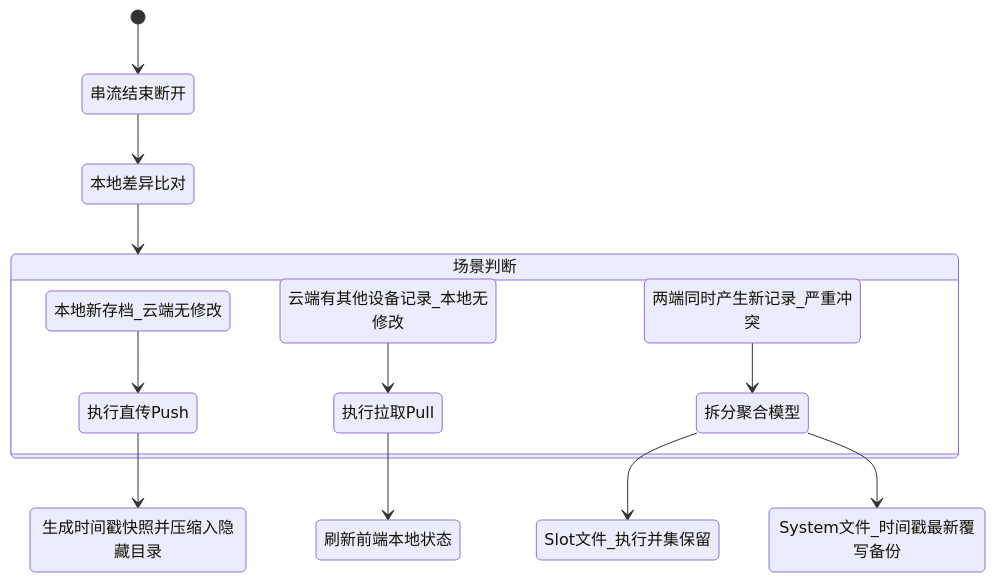
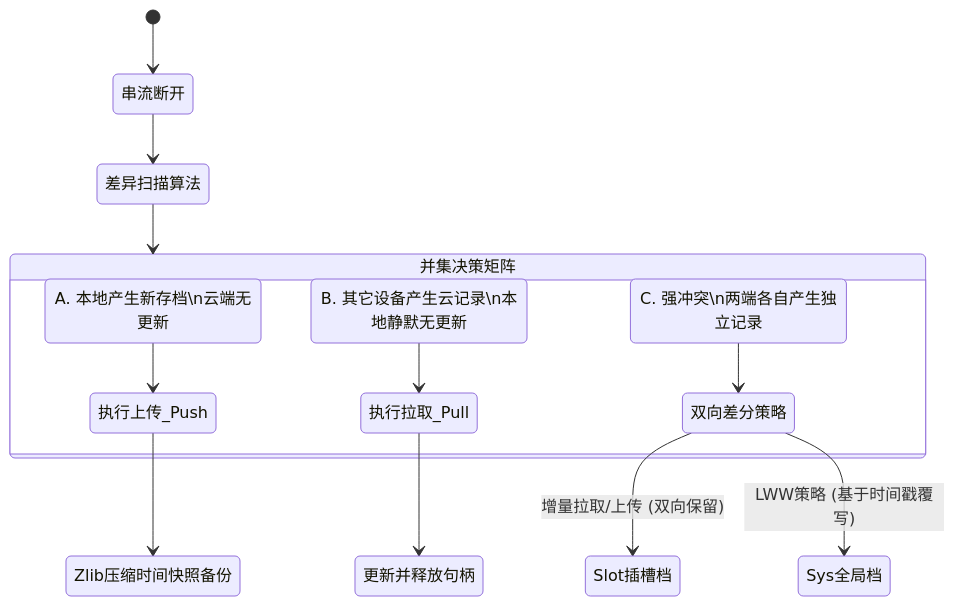
Before and after one commit to Roxy-DD/galremote: the fourth of 5 diagrams in thesis/chapter4/system_design.md, drawn with Mermaid. The commit also changed other lines of this file and 1 other file, not shown here.

Commit message:
docs(thesis): upgrade mermaid syntax for Chapter 4 and enhance Chapter 5 academic formatting

````diff
--- a/thesis/chapter4/system_design.md
+++ b/thesis/chapter4/system_design.md
@@ -136,22 +136,22 @@
 ```mermaid
 stateDiagram-v2
-    [*] --> 串流结束断开
-    串流结束断开 --> 本地差异比对
-    本地差异比对 --> 场景判断
+    [*] --> 串流断开
+    串流断开 --> 差异扫描算法
+    差异扫描算法 --> 并集决策矩阵
     
-    state 场景判断 {
-        SceneA: 本地新存档_云端无修改
-        SceneB: 云端有其他设备记录_本地无修改
-        SceneC: 两端同时产生新记录_严重冲突
+    state 并集决策矩阵 {
+        state "A. 本地产生新存档\n云端无更新" as SceneA
+        state "B. 其它设备产生云记录\n本地静默无更新" as SceneB
+        state "C. 强冲突\n两端各自产生独立记录" as SceneC
         
-        SceneA --> 执行直传Push
-        SceneB --> 执行拉取Pull
-        SceneC --> 拆分聚合模型
+        SceneA --> 执行上传_Push
+        SceneB --> 执行拉取_Pull
+        SceneC --> 双向差分策略
     }
     
-    拆分聚合模型 --> Slot文件_执行并集保留
-    拆分聚合模型 --> System文件_时间戳最新覆写备份
+    双向差分策略 --> Slot插槽档: 增量拉取/上传 (双向保留)
+    双向差分策略 --> Sys全局档: LWW策略 (基于时间戳覆写)
     
-    执行直传Push --> 生成时间戳快照并压缩入隐藏目录
-    执行拉取Pull --> 刷新前端本地状态
+    执行上传_Push --> Zlib压缩时间快照备份
+    执行拉取_Pull --> 更新并释放句柄
 ```
````
